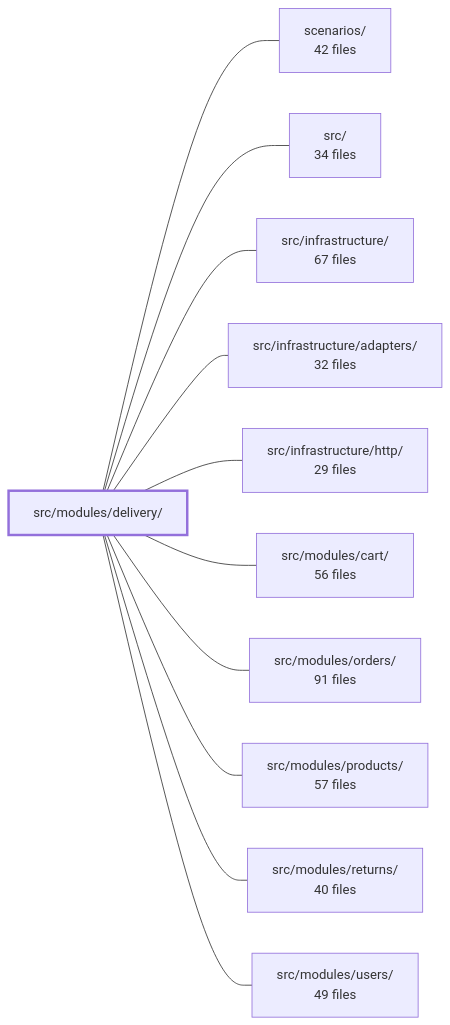
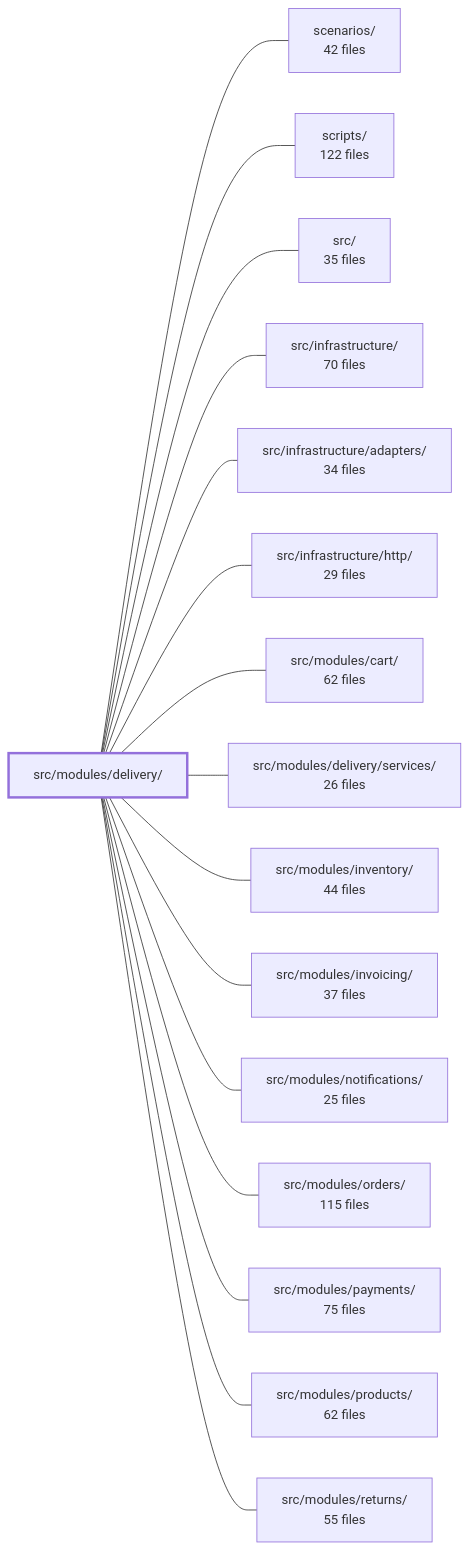
Before and after one commit to Guebbit/boilerplate-node-backend: the diagram in .2brain/modules/boilerplate-node-backend_src_modules_delivery.md, drawn with Mermaid. The commit also changed other lines of this file and 627 other files, not shown here.

````diff
--- a/.2brain/modules/boilerplate-node-backend_src_modules_delivery.md
+++ b/.2brain/modules/boilerplate-node-backend_src_modules_delivery.md
@@ -42,25 +44,35 @@
 ```mermaid
 flowchart LR
     m_src_modules_delivery["src/modules/delivery/"]
     m_scenarios["scenarios/<br/>42 files"]
-    m_src["src/<br/>34 files"]
-    m_src_infrastructure["src/infrastructure/<br/>67 files"]
-    m_src_infrastructure_adapters["src/infrastructure/adapters/<br/>32 files"]
+    m_scripts["scripts/<br/>122 files"]
+    m_src["src/<br/>35 files"]
+    m_src_infrastructure["src/infrastructure/<br/>70 files"]
+    m_src_infrastructure_adapters["src/infrastructure/adapters/<br/>34 files"]
     m_src_infrastructure_http["src/infrastructure/http/<br/>29 files"]
-    m_src_modules_cart["src/modules/cart/<br/>56 files"]
-    m_src_modules_orders["src/modules/orders/<br/>91 files"]
-    m_src_modules_products["src/modules/products/<br/>57 files"]
-    m_src_modules_returns["src/modules/returns/<br/>40 files"]
-    m_src_modules_users["src/modules/users/<br/>49 files"]
+    m_src_modules_cart["src/modules/cart/<br/>62 files"]
+    m_src_modules_delivery_services["src/modules/delivery/services/<br/>26 files"]
+    m_src_modules_inventory["src/modules/inventory/<br/>44 files"]
+    m_src_modules_invoicing["src/modules/invoicing/<br/>37 files"]
+    m_src_modules_notifications["src/modules/notifications/<br/>25 files"]
+    m_src_modules_orders["src/modules/orders/<br/>115 files"]
+    m_src_modules_payments["src/modules/payments/<br/>75 files"]
+    m_src_modules_products["src/modules/products/<br/>62 files"]
+    m_src_modules_returns["src/modules/returns/<br/>55 files"]
     m_src_modules_delivery --- m_scenarios
+    m_src_modules_delivery --- m_scripts
     m_src_modules_delivery --- m_src
     m_src_modules_delivery --- m_src_infrastructure
     m_src_modules_delivery --- m_src_infrastructure_adapters
     m_src_modules_delivery --- m_src_infrastructure_http
     m_src_modules_delivery --- m_src_modules_cart
+    m_src_modules_delivery --- m_src_modules_delivery_services
+    m_src_modules_delivery --- m_src_modules_inventory
+    m_src_modules_delivery --- m_src_modules_invoicing
+    m_src_modules_delivery --- m_src_modules_notifications
     m_src_modules_delivery --- m_src_modules_orders
+    m_src_modules_delivery --- m_src_modules_payments
     m_src_modules_delivery --- m_src_modules_products
     m_src_modules_delivery --- m_src_modules_returns
-    m_src_modules_delivery --- m_src_modules_users
     style m_src_modules_delivery stroke-width:3px
 ```
````
